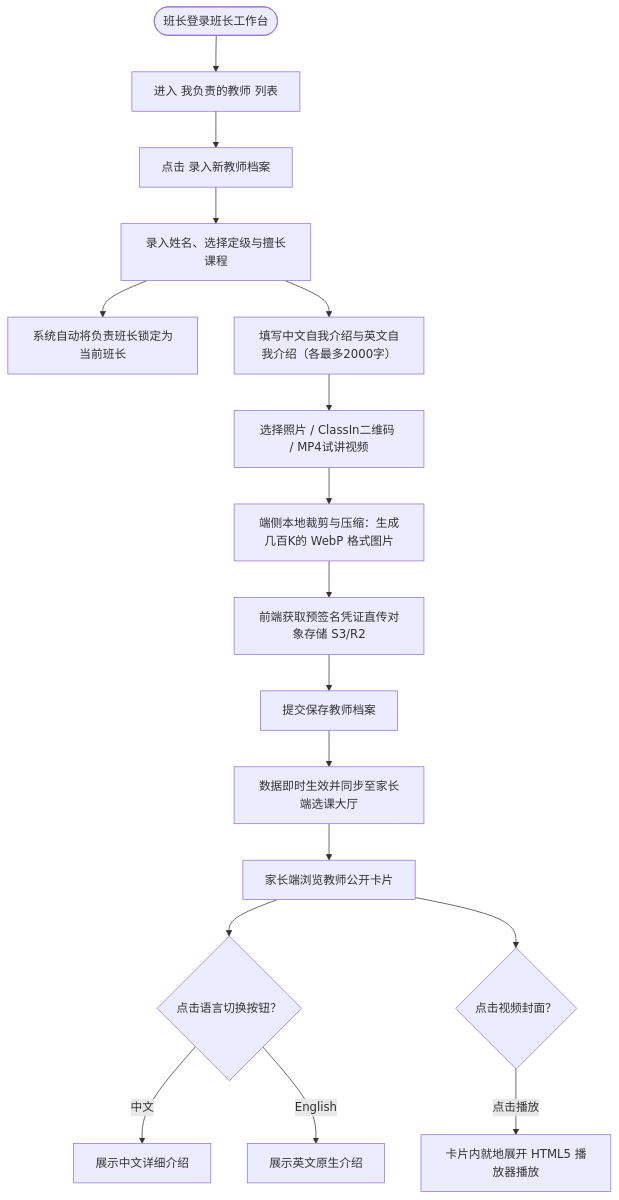
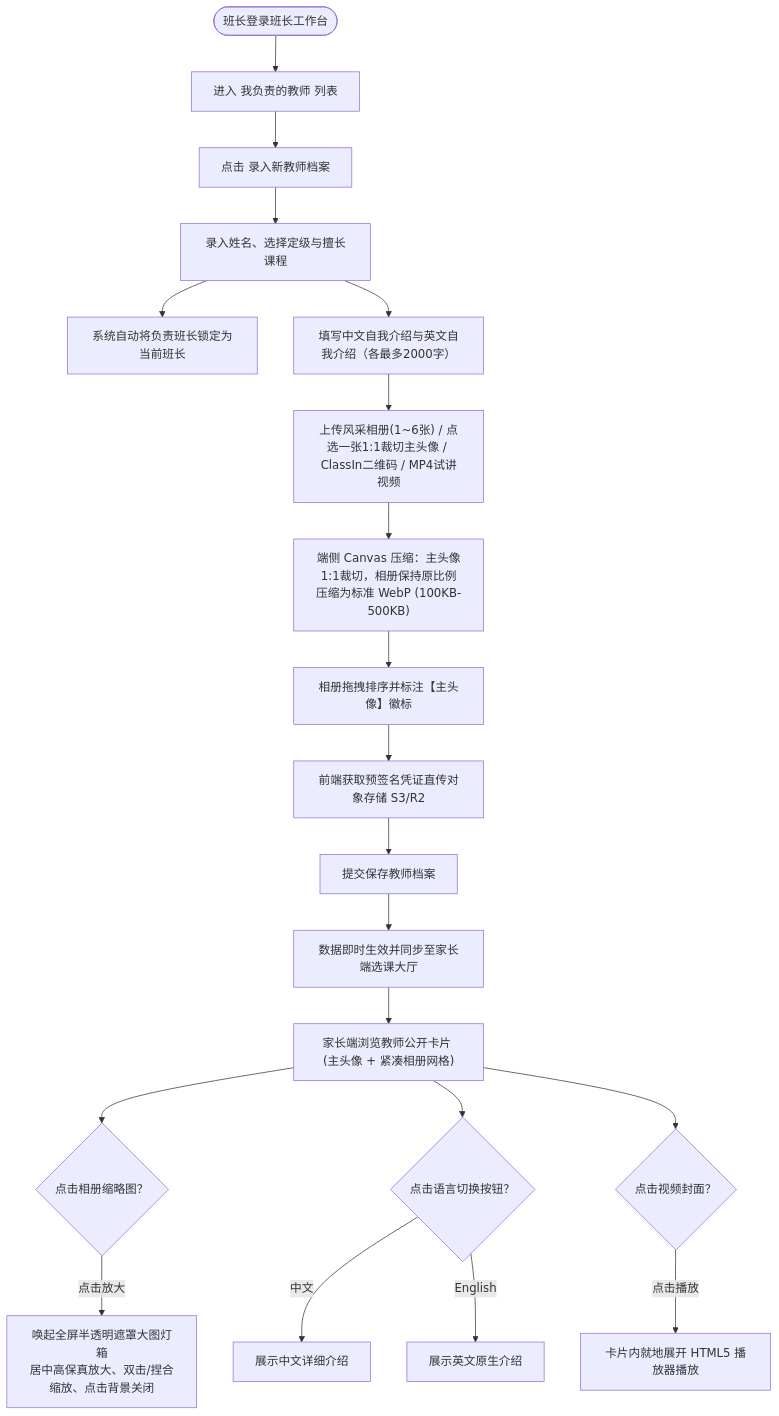
Before and after one commit to Onezao/dream: the first of 5 diagrams in docs/prd/m1b_teacher_profile.md, drawn with Mermaid. The commit also changed other lines of this file and 23 other files, not shown here.

````diff
--- a/docs/prd/m1b_teacher_profile.md
+++ b/docs/prd/m1b_teacher_profile.md
@@ -51,24 +51,29 @@
 ```mermaid
 flowchart TD
     Start(["班长登录班长工作台"]) --> NavTeacher["进入 我负责的教师 列表"]
     NavTeacher --> ClickCreate["点击 录入新教师档案"]
     
     ClickCreate --> InputBase["录入姓名、选择定级与擅长课程"]
     InputBase --> AutoBind["系统自动将负责班长锁定为当前班长"]
     InputBase --> InputBio["填写中文自我介绍与英文自我介绍（各最多2000字）"]
     
-    InputBio --> UploadMedia["选择照片 / ClassIn二维码 / MP4试讲视频"]
-    UploadMedia --> ClientCrop["端侧本地裁剪与压缩：生成几百K的 WebP 格式图片"]
-    ClientCrop --> PresignedDirect["前端获取预签名凭证直传对象存储 S3/R2"]
+    InputBio --> UploadMedia["上传风采相册(1~6张) / 点选一张1:1裁切主头像 / ClassIn二维码 / MP4试讲视频"]
+    UploadMedia --> ClientCrop["端侧 Canvas 压缩：主头像1:1裁切，相册保持原比例压缩为标准 WebP (100KB-500KB)"]
+    ClientCrop --> ReorderPhotos["相册拖拽排序并标注【主头像】徽标"]
+    ReorderPhotos --> PresignedDirect["前端获取预签名凭证直传对象存储 S3/R2"]
     PresignedDirect --> SaveProfile["提交保存教师档案"]
     
     SaveProfile --> PublicPublish["数据即时生效并同步至家长端选课大厅"]
     
-    PublicPublish --> ParentView["家长端浏览教师公开卡片"]
+    PublicPublish --> ParentView["家长端浏览教师公开卡片 (主头像 + 紧凑相册网格)"]
+    
+    ParentView --> ClickPhoto{"点击相册缩略图？"}
+    ClickPhoto -->|"点击放大"| LightboxModal["唤起全屏半透明遮罩大图灯箱\n居中高保真放大、双击/捏合缩放、点击背景关闭"]
+    
     ParentView --> SwitchLang{"点击语言切换按钮？"}
     SwitchLang -->|"中文"| ShowZh["展示中文详细介绍"]
     SwitchLang -->|"English"| ShowEn["展示英文原生介绍"]
     
     ParentView --> ClickVideo{"点击视频封面？"}
     ClickVideo -->|"点击播放"| InPlacePlay["卡片内就地展开 HTML5 播放器播放"]
 ```
````
